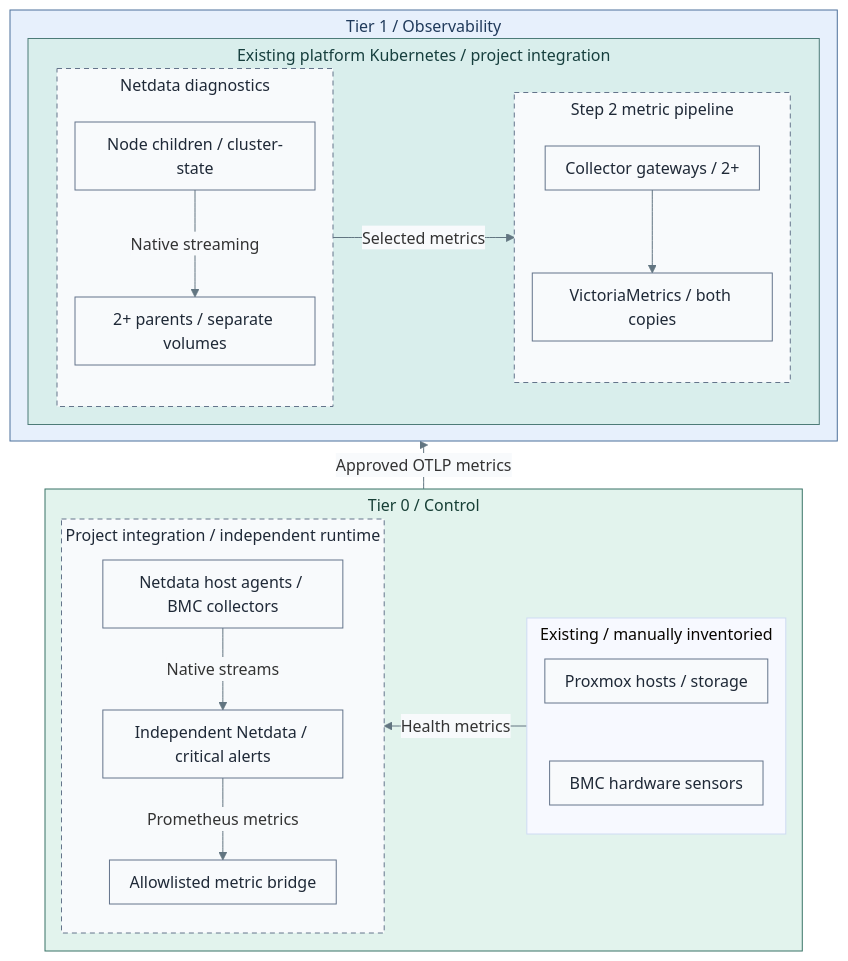
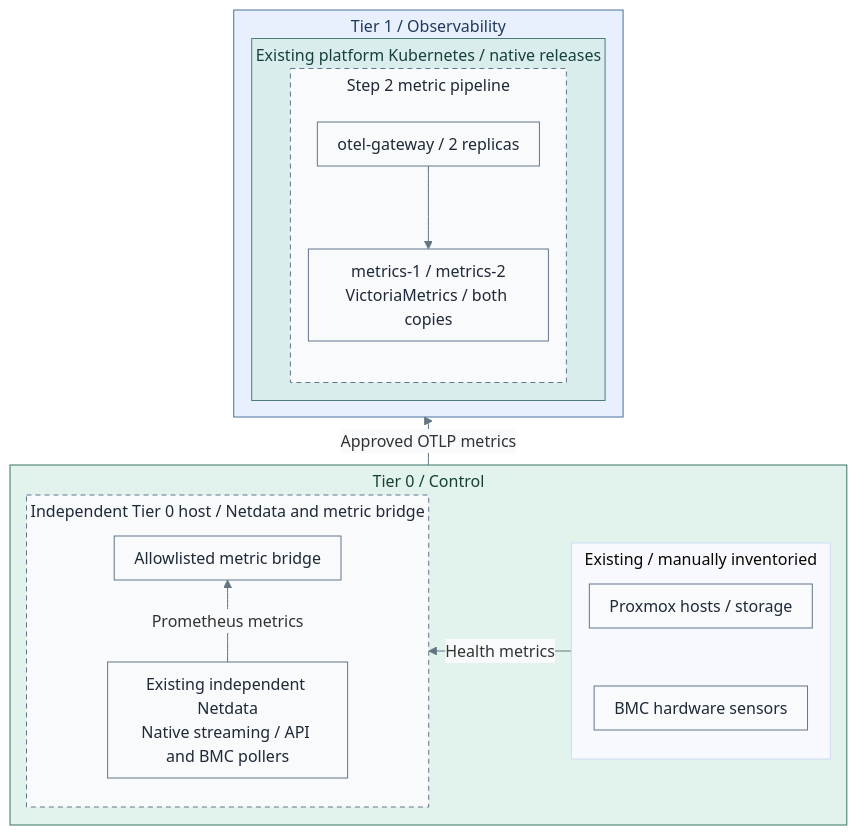
Before and after one commit to Rexus/homelab: the third of 4 diagrams in docs/deployment/stage-8-observability/README.md, drawn with Mermaid. The commit also changed other lines of this file and 353 other files, not shown here.

````diff
--- a/docs/deployment/stage-8-observability/README.md
+++ b/docs/deployment/stage-8-observability/README.md
@@ -156,50 +158,41 @@
 ```mermaid
 %%{init: {"theme":"base","flowchart":{"nodeSpacing":16,"rankSpacing":8,"padding":10,"subGraphTitleMargin":{"top":4,"bottom":8}},"themeVariables":{"lineColor":"#627581","edgeLabelBackground":"#f8fafc"}}}%%
 flowchart BT
   subgraph T1["Tier 1 / Observability"]
-    subgraph Cluster["Existing platform Kubernetes / project integration"]
+    subgraph Cluster["Existing platform Kubernetes / native releases"]
       direction LR
-      subgraph Diagnostics["Netdata diagnostics"]
-        direction TB
-        Children["Node children / cluster-state"]
-        Parents["2+ parents / separate volumes"]
-        Children -->|Native streaming| Parents
-      end
       subgraph Pipeline["Step 2 metric pipeline"]
         direction TB
-        Gateways["Collector gateways / 2+"]
-        Metrics["VictoriaMetrics / both copies"]
+        Gateways["otel-gateway / 2 replicas"]
+        Metrics["metrics-1 / metrics-2<br/>VictoriaMetrics / both copies"]
         Gateways --> Metrics
       end
-      Diagnostics -->|Selected metrics| Pipeline
     end
   end
   subgraph T0["Tier 0 / Control"]
     direction RL
-    subgraph Local["Project integration / independent runtime"]
-      direction TB
-      Collect["Netdata host agents / BMC collectors"]
-      Parent["Independent Netdata / critical alerts"]
+    subgraph Local["Independent Tier 0 host / Netdata and metric bridge"]
+      direction BT
+      Parent["Existing independent Netdata<br/>Native streaming / API and BMC pollers"]
       Export["Allowlisted metric bridge"]
-      Collect -->|Native streams| Parent
       Parent -->|Prometheus metrics| Export
     end
     subgraph Inputs["Existing / manually inventoried"]
       direction TB
       Hosts["Proxmox hosts / storage"]
       BMC["BMC hardware sensors"]
       Hosts ~~~ BMC
     end
     Inputs -->|Health metrics| Local
   end
   T0 ---->|Approved OTLP metrics| T1
   classDef default fill:#f8fafc,stroke:#64748b,color:#1f2937
   classDef services fill:#e7f0fc,stroke:#4d719b,color:#203a5b
   classDef runtime fill:#d9eeec,stroke:#4d7b77,color:#173f3e
   classDef control fill:#e2f3ed,stroke:#397366,color:#173f36
   classDef replicas fill:#f8fafc,stroke:#64748b,color:#1f2937,stroke-dasharray:5 4
   class T1 services
   class Cluster runtime
   class T0 control
-  class Diagnostics,Pipeline,Local replicas
+  class Pipeline,Local replicas
 ```
````
